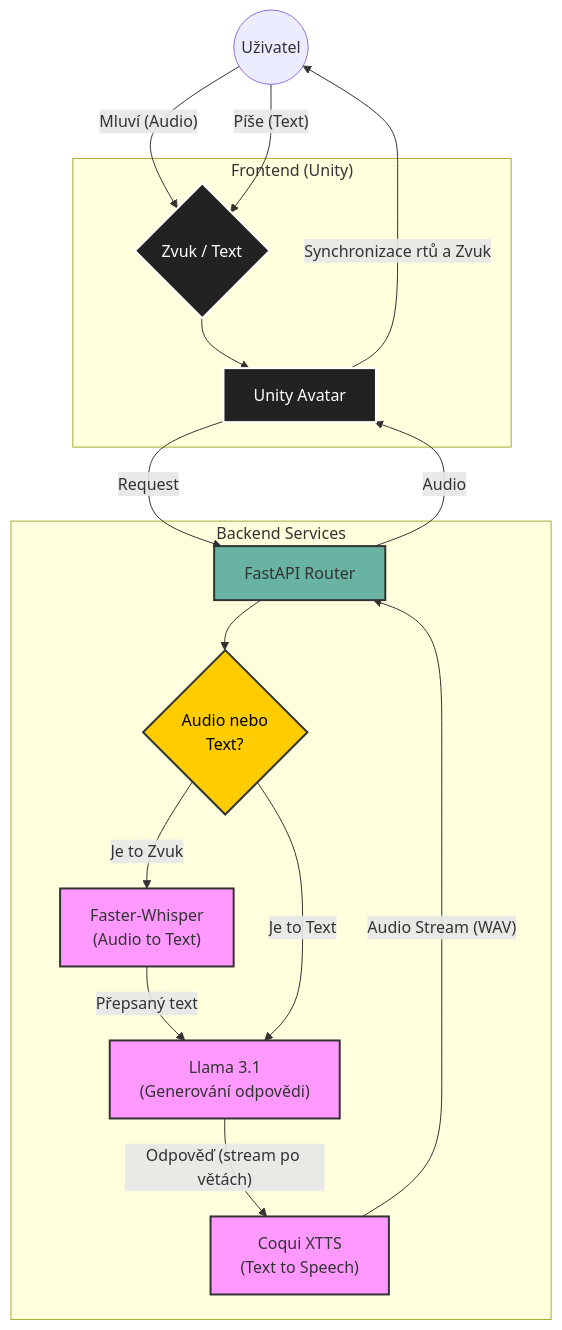
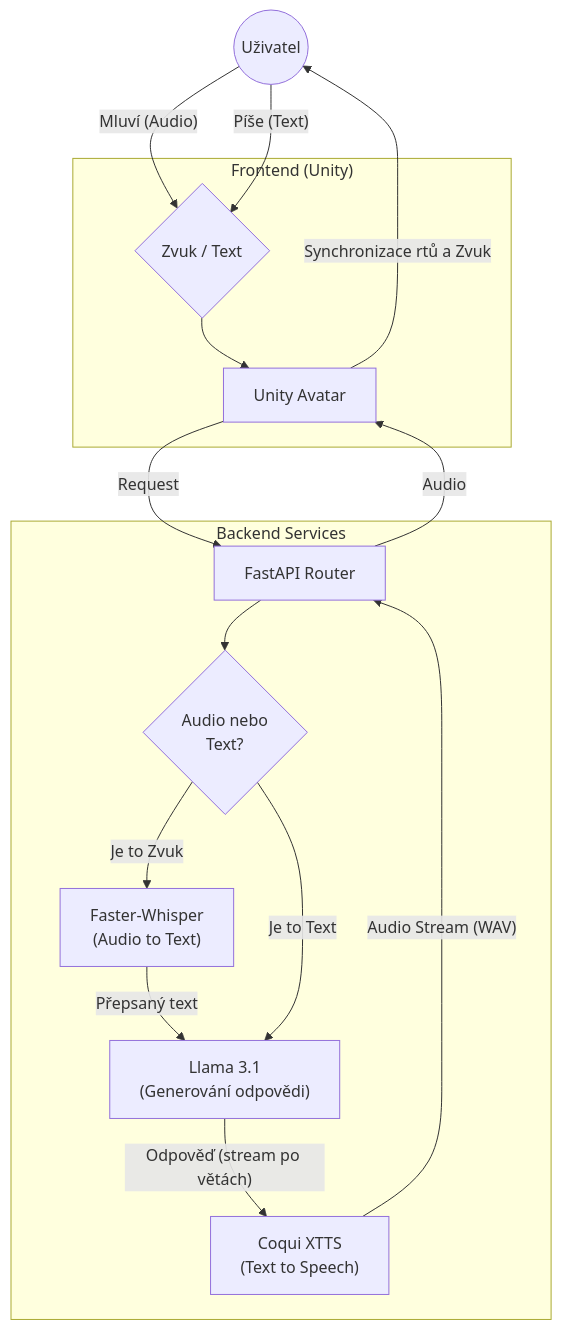
Before and after one commit to FrantisekPetricek/PraxeProjekt: the diagram in README.md, drawn with Mermaid.

Commit message:
ReadMe update

````diff
--- a/README.md
+++ b/README.md
@@ -34,51 +34,46 @@
 ```mermaid
 graph TD
-    %% --- DEFINICE STYLŮ ---
-    classDef ai fill:#f9f,stroke:#333,stroke-width:2px;
-    classDef unity fill:#222,stroke:#fff,stroke-width:2px,color:#fff;
-    classDef backend fill:#69b3a2,stroke:#333,stroke-width:2px;
-    classDef decision fill:#ffcc00,stroke:#333,stroke-width:2px,color:#000;
-
+    
     User((Uživatel))
 
     
     subgraph Client ["Frontend (Unity)"]
-        Unity[Unity Avatar]:::unity
-        InputDecider{"Zvuk / Text"}:::unity
+        Unity[Unity Avatar]
+        InputDecider{"Zvuk / Text"}
     end
 
     User -- "Mluví (Audio)" --> InputDecider
     User -- "Píše (Text)" --> InputDecider
     InputDecider --> Unity
 
     Unity -- "Request" --> API
 
     
     subgraph Server ["Backend Services"]
-        API[FastAPI Router]:::backend
+        API[FastAPI Router]
         
-        CheckInput{"Audio nebo<br/>Text?"}:::decision
+        CheckInput{"Audio nebo<br/>Text?"}
         
-        STT["Faster-Whisper<br/>(Audio to Text)"]:::ai
-        LLM["Llama 3.1<br/>(Generování odpovědi)"]:::ai
-        TTS["Coqui XTTS<br/>(Text to Speech)"]:::ai
+        STT["Faster-Whisper<br/>(Audio to Text)"]
+        LLM["Llama 3.1<br/>(Generování odpovědi)"]
+        TTS["Coqui XTTS<br/>(Text to Speech)"]
     end
 
     %% --- TOK DAT V BACKENDU ---
     API --> CheckInput
     
     %% Cesta 1: Zvuk
     CheckInput -- "Je to Zvuk" --> STT
     STT -- "Přepsaný text" --> LLM
     
     %% Cesta 2: Text (přímá)
     CheckInput -- "Je to Text" --> LLM
 
     %% Zpracování odpovědi
     LLM -- "Odpověď (stream po větách)" --> TTS
     TTS -- "Audio Stream (WAV)" --> API
 
     %% --- VÝSTUP ZPĚT K UŽIVATELI ---
     API -- "Audio" --> Unity
     Unity -- "Synchronizace rtů a Zvuk" --> User
 ```
````
